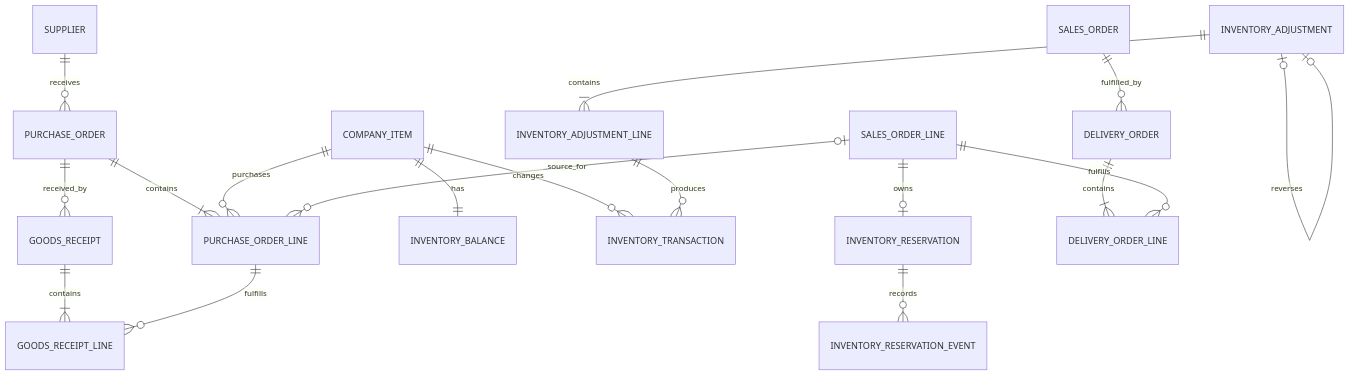
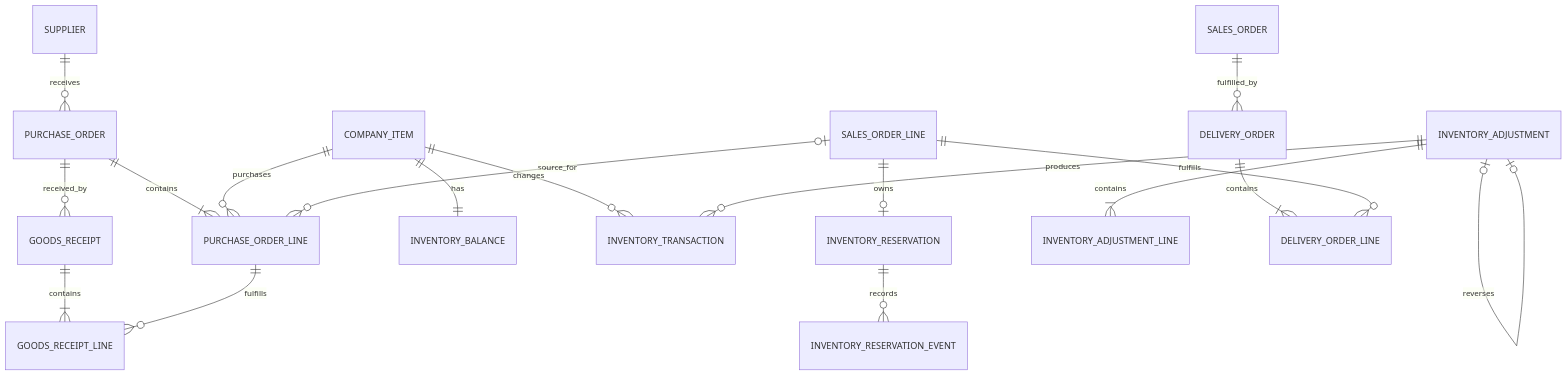
One commit to fizz123123/smart-distribution-ops changed the second of 5 diagrams in docs/10-data-model.md. Above: the diagram before and after it, drawn with Mermaid. The commit also changed other lines of this file and 7 other files, not shown here.

````diff
--- a/docs/10-data-model.md
+++ b/docs/10-data-model.md
@@ -120,23 +120,23 @@
 ```mermaid
 erDiagram
     SUPPLIER ||--o{ PURCHASE_ORDER : receives
     PURCHASE_ORDER ||--|{ PURCHASE_ORDER_LINE : contains
     COMPANY_ITEM ||--o{ PURCHASE_ORDER_LINE : purchases
     SALES_ORDER_LINE o|--o{ PURCHASE_ORDER_LINE : source_for
 
     PURCHASE_ORDER ||--o{ GOODS_RECEIPT : received_by
     GOODS_RECEIPT ||--|{ GOODS_RECEIPT_LINE : contains
     PURCHASE_ORDER_LINE ||--o{ GOODS_RECEIPT_LINE : fulfills
 
     COMPANY_ITEM ||--|| INVENTORY_BALANCE : has
     COMPANY_ITEM ||--o{ INVENTORY_TRANSACTION : changes
     SALES_ORDER_LINE ||--o| INVENTORY_RESERVATION : owns
     INVENTORY_RESERVATION ||--o{ INVENTORY_RESERVATION_EVENT : records
     INVENTORY_ADJUSTMENT ||--|{ INVENTORY_ADJUSTMENT_LINE : contains
     INVENTORY_ADJUSTMENT o|--o| INVENTORY_ADJUSTMENT : reverses
-    INVENTORY_ADJUSTMENT_LINE ||--o{ INVENTORY_TRANSACTION : produces
+    INVENTORY_ADJUSTMENT ||--o{ INVENTORY_TRANSACTION : produces
 
     SALES_ORDER ||--o{ DELIVERY_ORDER : fulfilled_by
     DELIVERY_ORDER ||--|{ DELIVERY_ORDER_LINE : contains
     SALES_ORDER_LINE ||--o{ DELIVERY_ORDER_LINE : fulfills
 ```
````
